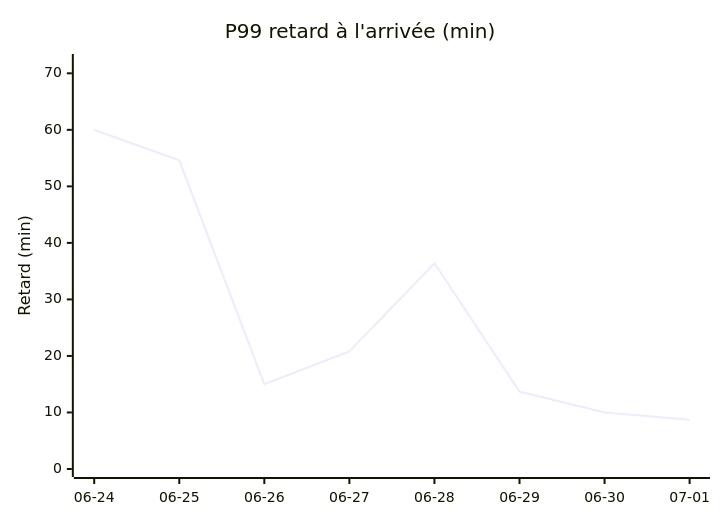
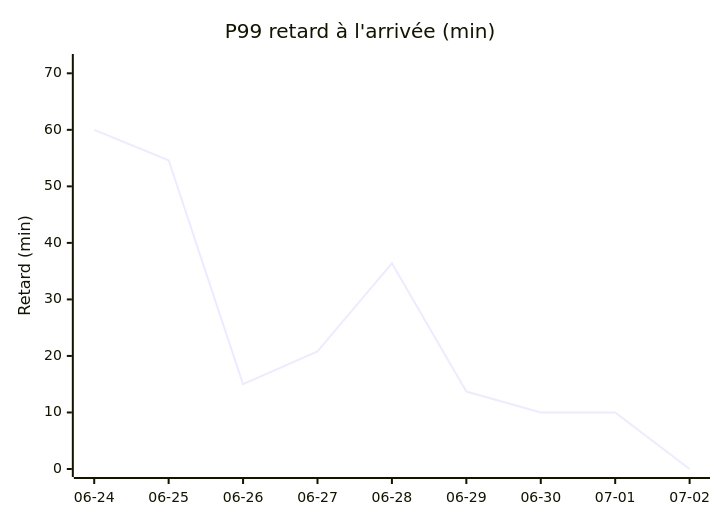
One commit to antoinerep/horaire-ter changed the second of 4 diagrams in STATS.md. Above: the diagram before and after it, drawn with Mermaid. The commit also changed other lines of this file and 1 other file, not shown here.

````diff
--- a/STATS.md
+++ b/STATS.md
@@ -39,7 +39,7 @@
 ```mermaid
 xychart-beta
     title "P99 retard à l'arrivée (min)"
-    x-axis ["06-24", "06-25", "06-26", "06-27", "06-28", "06-29", "06-30", "07-01"]
+    x-axis ["06-24", "06-25", "06-26", "06-27", "06-28", "06-29", "06-30", "07-01", "07-02"]
     y-axis "Retard (min)" 0 --> 72
-    line [60.0, 54.6, 15.0, 20.8, 36.4, 13.7, 10.0, 8.7]
+    line [60.0, 54.6, 15.0, 20.8, 36.4, 13.7, 10.0, 10.0, 0.0]
 ```
````
